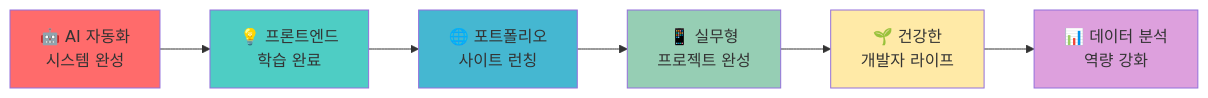
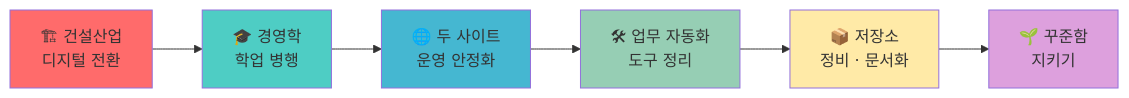
Before and after one commit to junetapa-juncheol/junetapa-juncheol: the first of 3 diagrams in README.md, drawn with Mermaid. The commit also changed other lines of this file, not shown here.

````diff
--- a/README.md
+++ b/README.md
@@ -168,15 +170,15 @@
 ```mermaid
 graph LR
-    A[🤖 AI 자동화<br/>시스템 완성] --> B[💡 프론트엔드<br/>학습 완료]
-    B --> C[🌐 포트폴리오<br/>사이트 런칭]
-    C --> D[📱 실무형<br/>프로젝트 완성]
-    D --> E[🌱 건강한<br/>개발자 라이프]
-    E --> F[📊 데이터 분석<br/>역량 강화]
+    A[🏗 건설산업<br/>디지털 전환] --> B[🎓 경영학<br/>학업 병행]
+    B --> C[🌐 두 사이트<br/>운영 안정화]
+    C --> D[🛠 업무 자동화<br/>도구 정리]
+    D --> E[📦 저장소<br/>정비 · 문서화]
+    E --> F[🌱 꾸준함<br/>지키기]
     
     style A fill:#ff6b6b
     style B fill:#4ecdc4
     style C fill:#45b7d1
     style D fill:#96ceb4
     style E fill:#ffeaa7
     style F fill:#dda0dd
 ```
````
